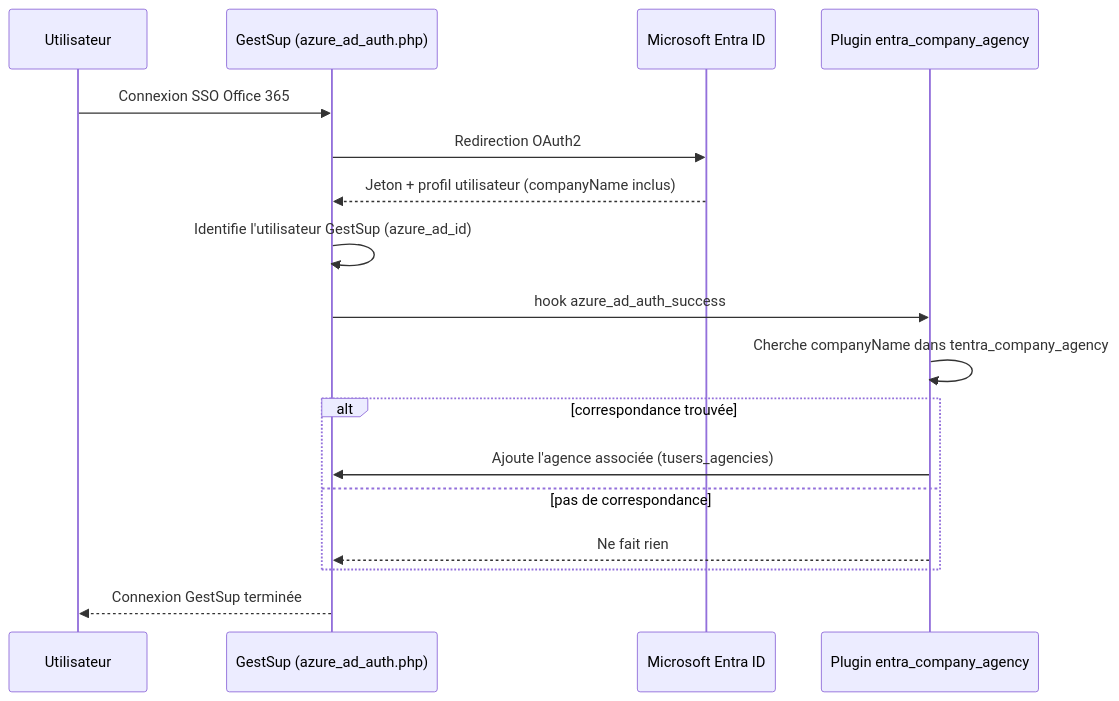
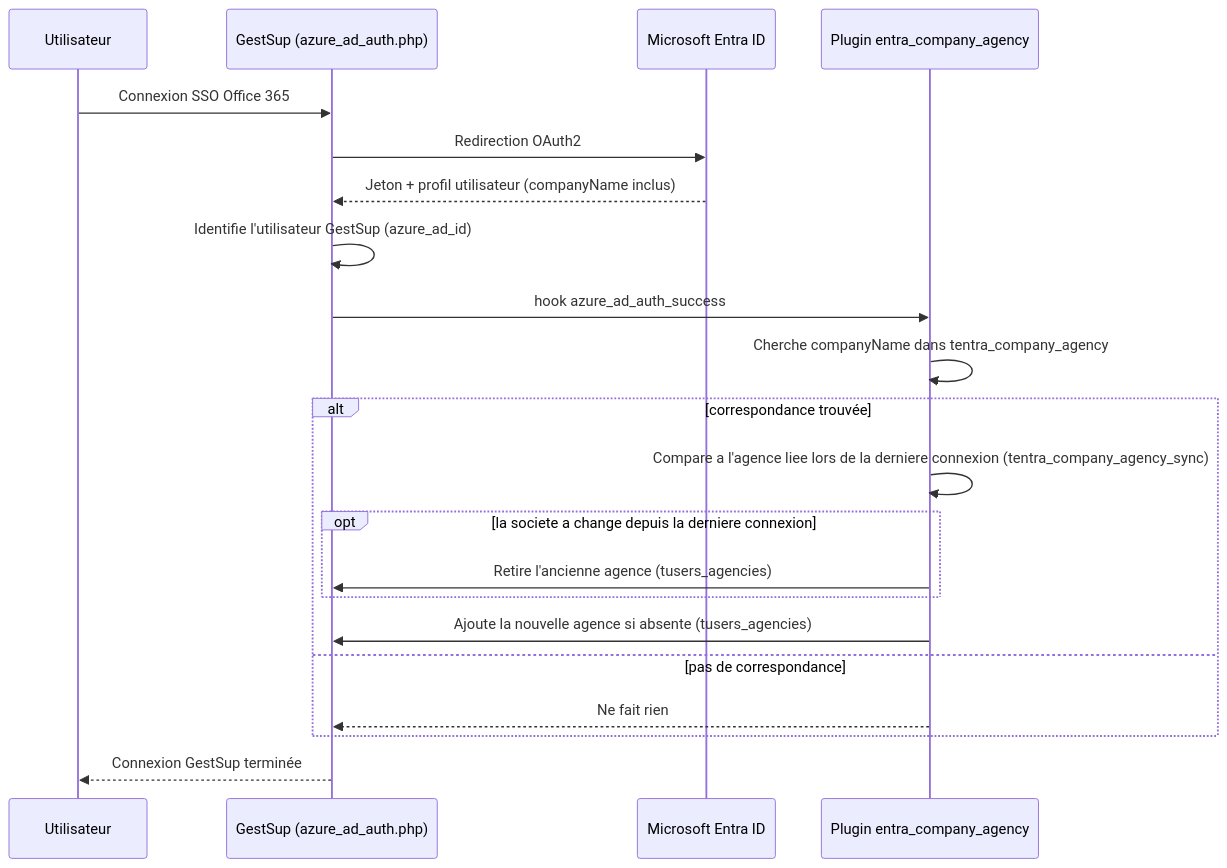
One commit to axolotty/gestsup-entra-company-agency changed the first of 2 diagrams in README.md. Above: the diagram before and after it, drawn with Mermaid. The commit also changed other lines of this file and 5 other files, not shown here.

First line of the commit message:
Track per-user company changes so switching agency doesn't pile up

````diff
--- a/README.md
+++ b/README.md
@@ -44,20 +44,24 @@
 ```mermaid
 sequenceDiagram
     participant U as Utilisateur
     participant GS as GestSup (azure_ad_auth.php)
     participant MS as Microsoft Entra ID
     participant PL as Plugin entra_company_agency
 
     U->>GS: Connexion SSO Office 365
     GS->>MS: Redirection OAuth2
     MS-->>GS: Jeton + profil utilisateur (companyName inclus)
     GS->>GS: Identifie l'utilisateur GestSup (azure_ad_id)
     GS->>PL: hook azure_ad_auth_success
     PL->>PL: Cherche companyName dans tentra_company_agency
     alt correspondance trouvée
-        PL->>GS: Ajoute l'agence associée (tusers_agencies)
+        PL->>PL: Compare a l'agence liee lors de la derniere connexion (tentra_company_agency_sync)
+        opt la societe a change depuis la derniere connexion
+            PL->>GS: Retire l'ancienne agence (tusers_agencies)
+        end
+        PL->>GS: Ajoute la nouvelle agence si absente (tusers_agencies)
     else pas de correspondance
         PL-->>GS: Ne fait rien
     end
     GS-->>U: Connexion GestSup terminée
 ```
````
